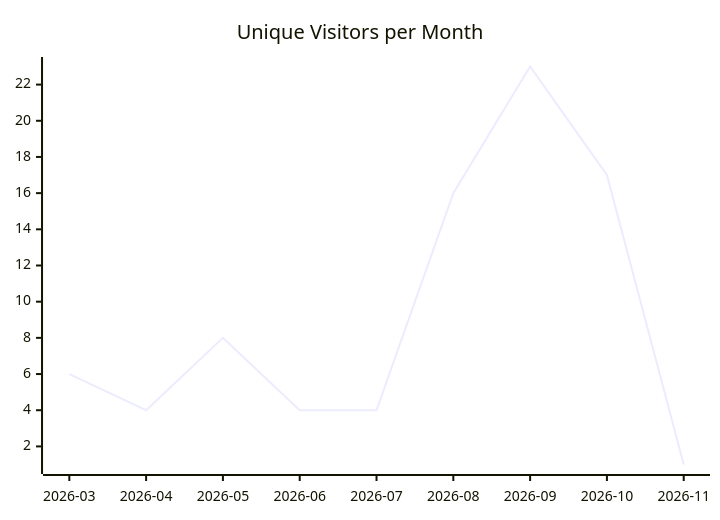
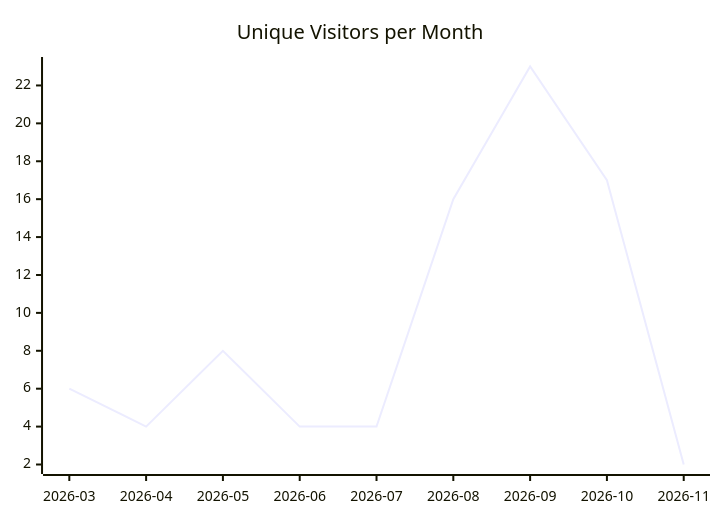
Before and after one commit to justdavis-family/github-analytics-data: the first of 3 diagrams in karlmdavis/xmlpull/README.md, drawn with Mermaid. The commit also changed other lines of this file and 192 other files, not shown here.

````diff
--- a/karlmdavis/xmlpull/README.md
+++ b/karlmdavis/xmlpull/README.md
@@ -5,6 +5,6 @@
 ```mermaid
 xychart-beta
   title "Unique Visitors per Month"
   x-axis ["2026-03", "2026-04", "2026-05", "2026-06", "2026-07", "2026-08", "2026-09", "2026-10", "2026-11"]
-  line [6, 4, 8, 4, 4, 16, 23, 17, 1]
+  line [6, 4, 8, 4, 4, 16, 23, 17, 2]
 ```
````
